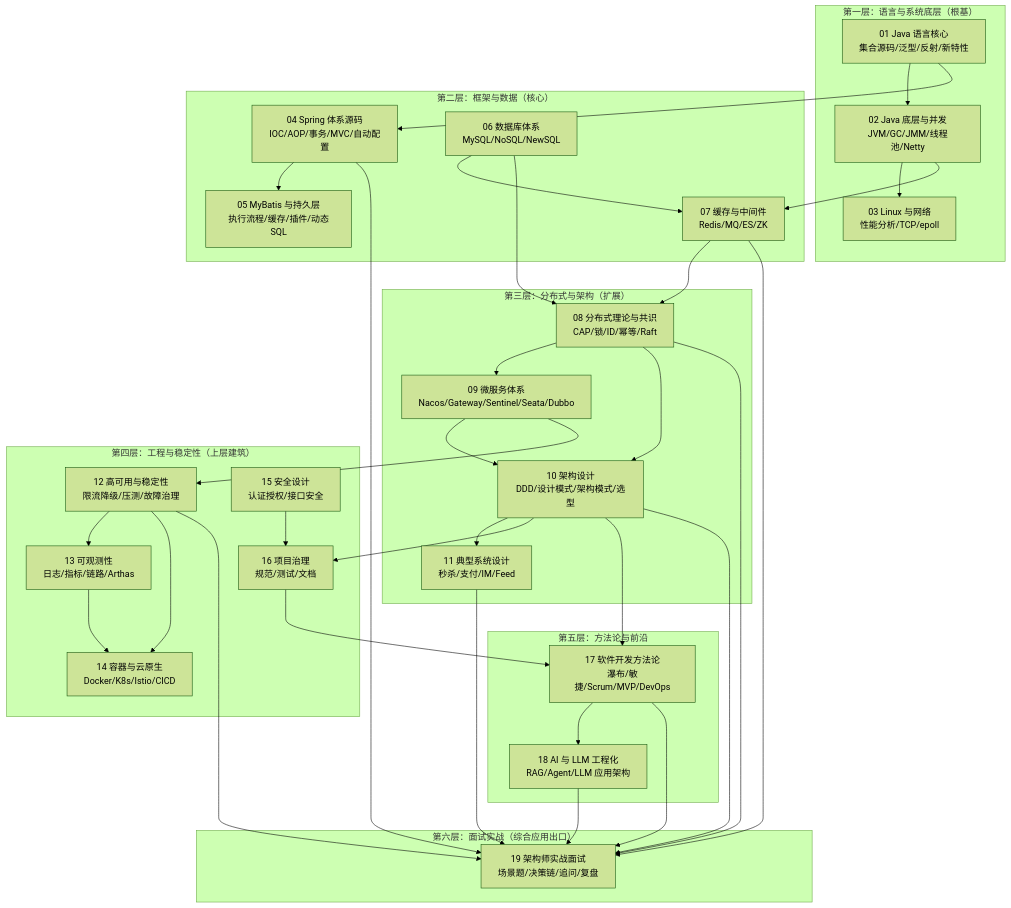
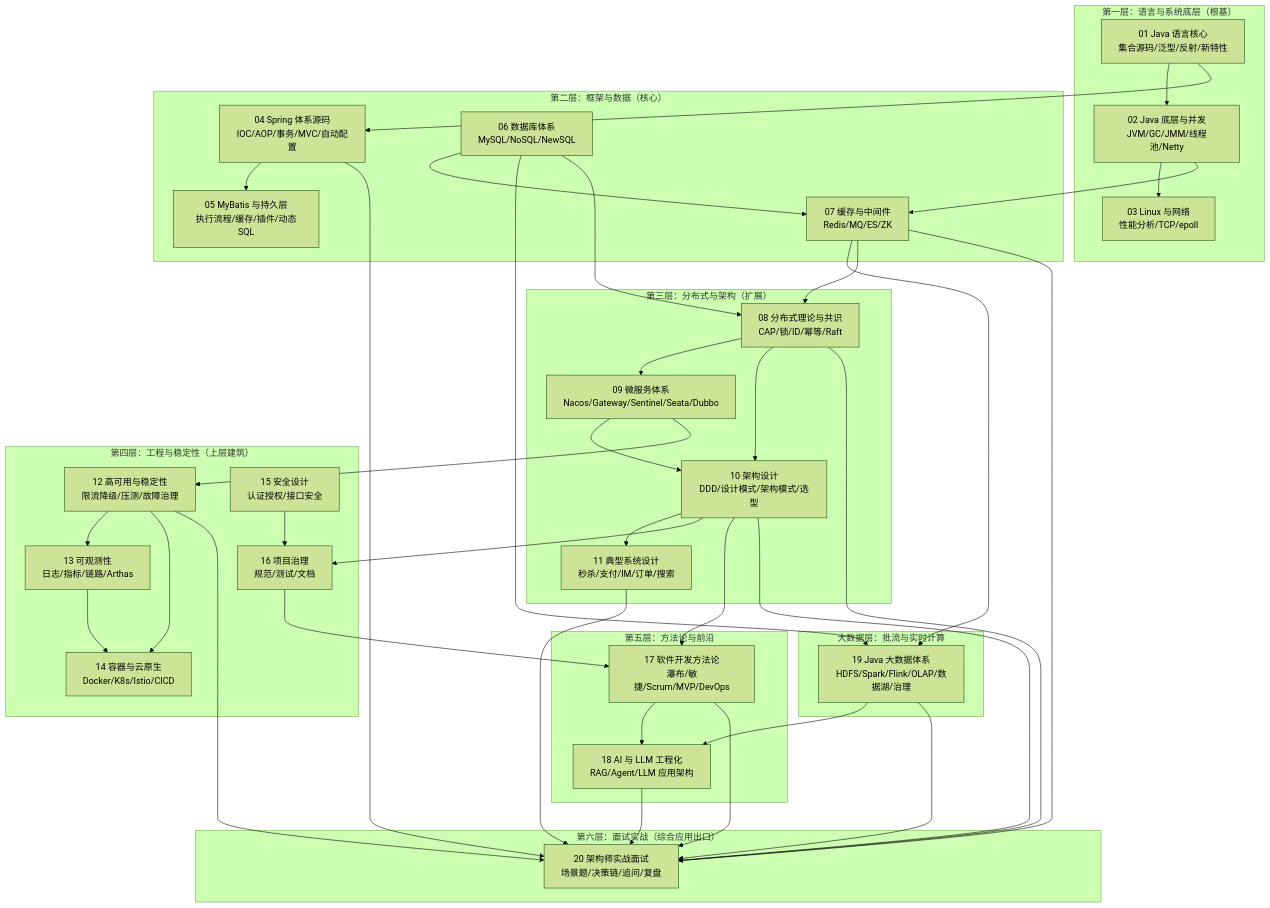
One commit to cosolar/java-deep-dive changed the diagram in docs/00-开始阅读/02-知识全景地图.md. Above: the diagram before and after it, drawn with Mermaid (forest theme). The commit also changed other lines of this file and 60 other files, not shown here.

````diff
--- a/docs/00-开始阅读/02-知识全景地图.md
+++ b/docs/00-开始阅读/02-知识全景地图.md
@@ -11,69 +11,77 @@
 ```mermaid
 flowchart TD
     subgraph L1["第一层：语言与系统底层（根基）"]
         LANG["01 Java 语言核心<br/>集合源码/泛型/反射/新特性"]
         JVM["02 Java 底层与并发<br/>JVM/GC/JMM/线程池/Netty"]
         LINUX["03 Linux 与网络<br/>性能分析/TCP/epoll"]
     end
 
     subgraph L2["第二层：框架与数据（核心）"]
         SPRING["04 Spring 体系源码<br/>IOC/AOP/事务/MVC/自动配置"]
         MYBATIS["05 MyBatis 与持久层<br/>执行流程/缓存/插件/动态SQL"]
         DB["06 数据库体系<br/>MySQL/NoSQL/NewSQL"]
         MW["07 缓存与中间件<br/>Redis/MQ/ES/ZK"]
     end
 
     subgraph L3["第三层：分布式与架构（扩展）"]
         DIST["08 分布式理论与共识<br/>CAP/锁/ID/幂等/Raft"]
         MS["09 微服务体系<br/>Nacos/Gateway/Sentinel/Seata/Dubbo"]
         ARCH["10 架构设计<br/>DDD/设计模式/架构模式/选型"]
-        SYSDESIGN["11 典型系统设计<br/>秒杀/支付/IM/Feed"]
+        SYSDESIGN["11 典型系统设计<br/>秒杀/支付/IM/订单/搜索"]
+    end
+
+    subgraph L25["大数据层：批流与实时计算"]
+        BIGDATA["19 Java 大数据体系<br/>HDFS/Spark/Flink/OLAP/数据湖/治理"]
     end
 
     subgraph L4["第四层：工程与稳定性（上层建筑）"]
         HA["12 高可用与稳定性<br/>限流降级/压测/故障治理"]
         OBS["13 可观测性<br/>日志/指标/链路/Arthas"]
         CLOUD["14 容器与云原生<br/>Docker/K8s/Istio/CICD"]
         SEC["15 安全设计<br/>认证授权/接口安全"]
         GOV["16 项目治理<br/>规范/测试/文档"]
     end
 
     subgraph L5["第五层：方法论与前沿"]
         METHOD["17 软件开发方法论<br/>瀑布/敏捷/Scrum/MVP/DevOps"]
         AI["18 AI 与 LLM 工程化<br/>RAG/Agent/LLM 应用架构"]
     end
 
     subgraph L6["第六层：面试实战（综合应用出口）"]
-        INTERVIEW["19 架构师实战面试<br/>场景题/决策链/追问/复盘"]
+        INTERVIEW["20 架构师实战面试<br/>场景题/决策链/追问/复盘"]
     end
 
     LANG --> JVM
     JVM --> LINUX
     LANG --> SPRING
     JVM --> MW
     SPRING --> MYBATIS
     DB --> MW
+    DB --> BIGDATA
+    MW --> BIGDATA
     DB --> DIST
     MW --> DIST
     DIST --> MS
     DIST --> ARCH
     MS --> ARCH
     ARCH --> SYSDESIGN
     MS --> HA
     HA --> OBS
     HA --> CLOUD
     OBS --> CLOUD
     ARCH --> GOV
     SEC --> GOV
     ARCH --> METHOD
     GOV --> METHOD
     METHOD --> AI
+    BIGDATA --> AI
+    BIGDATA --> INTERVIEW
     SPRING --> INTERVIEW
     MW --> INTERVIEW
     DIST --> INTERVIEW
     HA --> INTERVIEW
     ARCH --> INTERVIEW
     SYSDESIGN --> INTERVIEW
     METHOD --> INTERVIEW
     AI --> INTERVIEW
 ```
````
